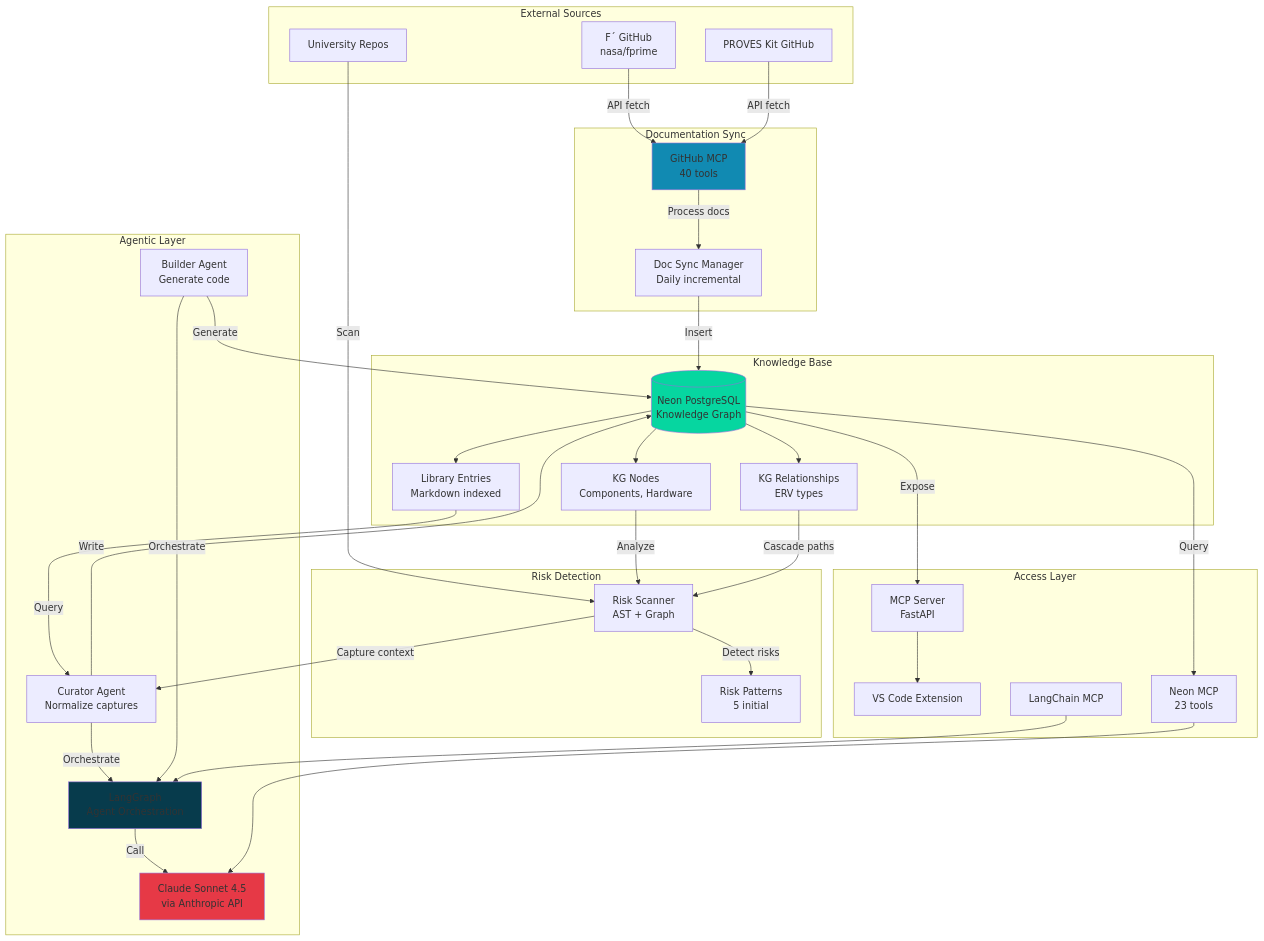
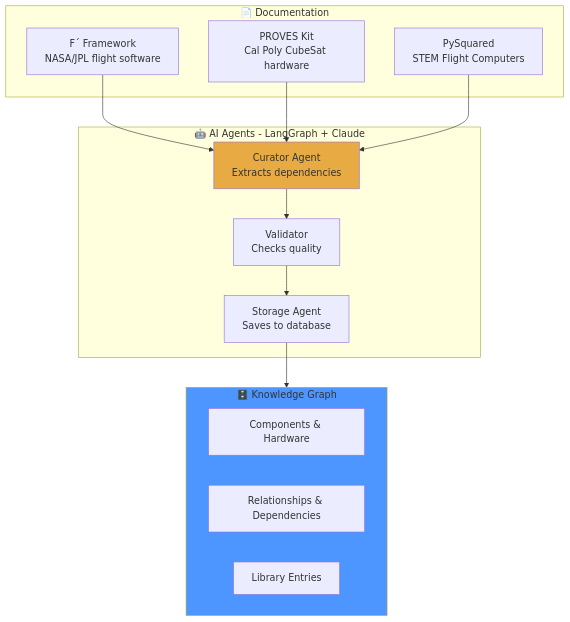
Before and after one commit to Lizo-RoadTown/proveskit-agent: the diagram in index.md, drawn with Mermaid. The commit also changed other lines of this file and 7 other files, not shown here.

First line of the commit message:
Update all pages to reflect LangGraph + Claude architecture

````diff
--- a/index.md
+++ b/index.md
@@ -181,74 +34,31 @@
 ```mermaid
 graph TB
-    subgraph External Sources
-        FPrime[F´ GitHub<br/>nasa/fprime]
-        PROVES[PROVES Kit GitHub]
-        TeamRepos[University Repos]
+    subgraph Sources[📄 Documentation]
+        FPrime[F´ Framework<br/>NASA/JPL flight software]
+        PROVES[PROVES Kit<br/>Cal Poly CubeSat hardware]
+        PySquared[PySquared<br/>STEM Flight Computers]
     end
 
-    subgraph Documentation Sync
-        GitHubMCP[GitHub MCP<br/>40 tools]
-        DocSync[Doc Sync Manager<br/>Daily incremental]
+    subgraph Agents[🤖 AI Agents - LangGraph + Claude]
+        Curator[Curator Agent<br/>Extracts dependencies]
+        Validator[Validator<br/>Checks quality]
+        Storage[Storage Agent<br/>Saves to database]
     end
 
-    subgraph Knowledge Base
-        NeonDB[(Neon PostgreSQL<br/>Knowledge Graph)]
-        LibEntries[Library Entries<br/>Markdown indexed]
-        KGNodes[KG Nodes<br/>Components, Hardware]
-        KGRels[KG Relationships<br/>ERV types]
+    subgraph KnowledgeBase[🗄️ Knowledge Graph]
+        Nodes[Components & Hardware]
+        Edges[Relationships & Dependencies]
+        Library[Library Entries]
     end
 
-    subgraph Agentic Layer
-        LangGraph[LangGraph<br/>Agent Orchestration]
-        Curator[Curator Agent<br/>Normalize captures]
-        Builder[Builder Agent<br/>Generate code]
-        Claude[Claude Sonnet 4.5<br/>via Anthropic API]
-    end
+    FPrime --> Curator
+    PROVES --> Curator
+    PySquared --> Curator
+    
+    Curator --> Validator
+    Validator --> Storage
+    Storage --> KnowledgeBase
 
-    subgraph Risk Detection
-        Scanner[Risk Scanner<br/>AST + Graph]
-        Patterns[Risk Patterns<br/>5 initial]
-    end
-
-    subgraph Access Layer
-        MCPAPI[MCP Server<br/>FastAPI]
-        VSCode[VS Code Extension]
-        NeonMCP[Neon MCP<br/>23 tools]
-        LangChainMCP[LangChain MCP]
-    end
-
-    FPrime -->|API fetch| GitHubMCP
-    PROVES -->|API fetch| GitHubMCP
-    GitHubMCP -->|Process docs| DocSync
-    DocSync -->|Insert| NeonDB
-
-    TeamRepos -->|Scan| Scanner
-    Scanner -->|Detect risks| Patterns
-    Scanner -->|Capture context| Curator
-
-    NeonDB --> LibEntries
-    NeonDB --> KGNodes
-    NeonDB --> KGRels
-
-    LibEntries -->|Query| Curator
-    KGNodes -->|Analyze| Scanner
-    KGRels -->|Cascade paths| Scanner
-
-    Curator -->|Orchestrate| LangGraph
-    Builder -->|Orchestrate| LangGraph
-    LangGraph -->|Call| Claude
-
-    Curator -->|Write| NeonDB
-    Builder -->|Generate| NeonDB
-
-    NeonDB -->|Expose| MCPAPI
-    NeonDB -->|Query| NeonMCP
-    MCPAPI --> VSCode
-    NeonMCP --> Claude
-    LangChainMCP --> LangGraph
-
-    style NeonDB fill:#06d6a0
-    style GitHubMCP fill:#118ab2
-    style LangGraph fill:#073b4c
-    style Claude fill:#e63946
+    style Curator fill:#E8AA42
+    style KnowledgeBase fill:#4D96FF
 ```
````
